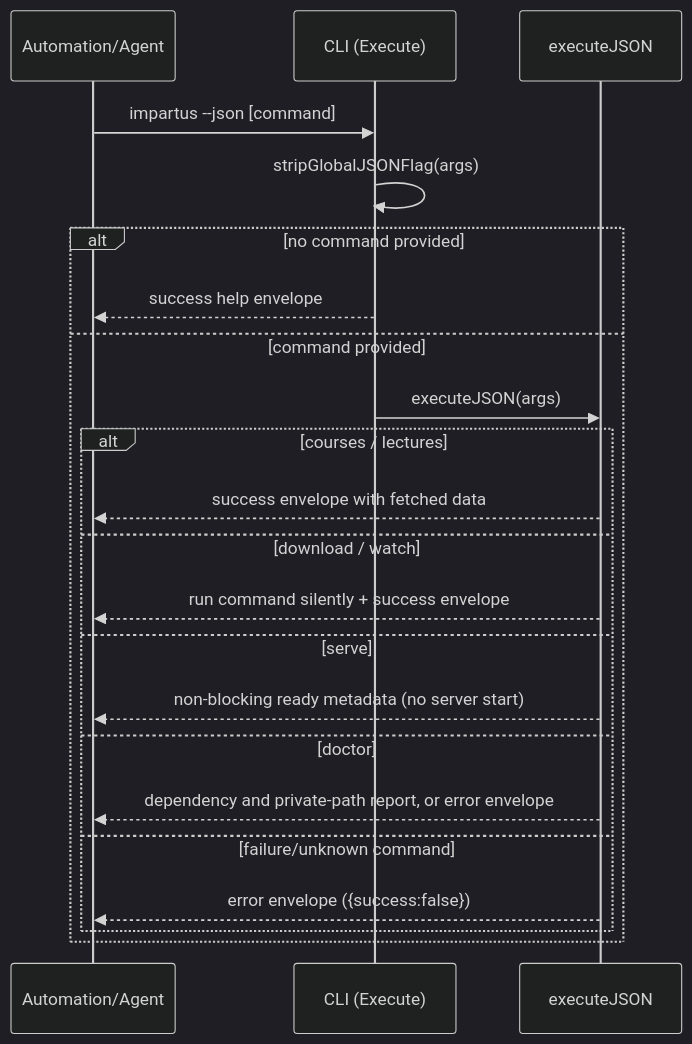
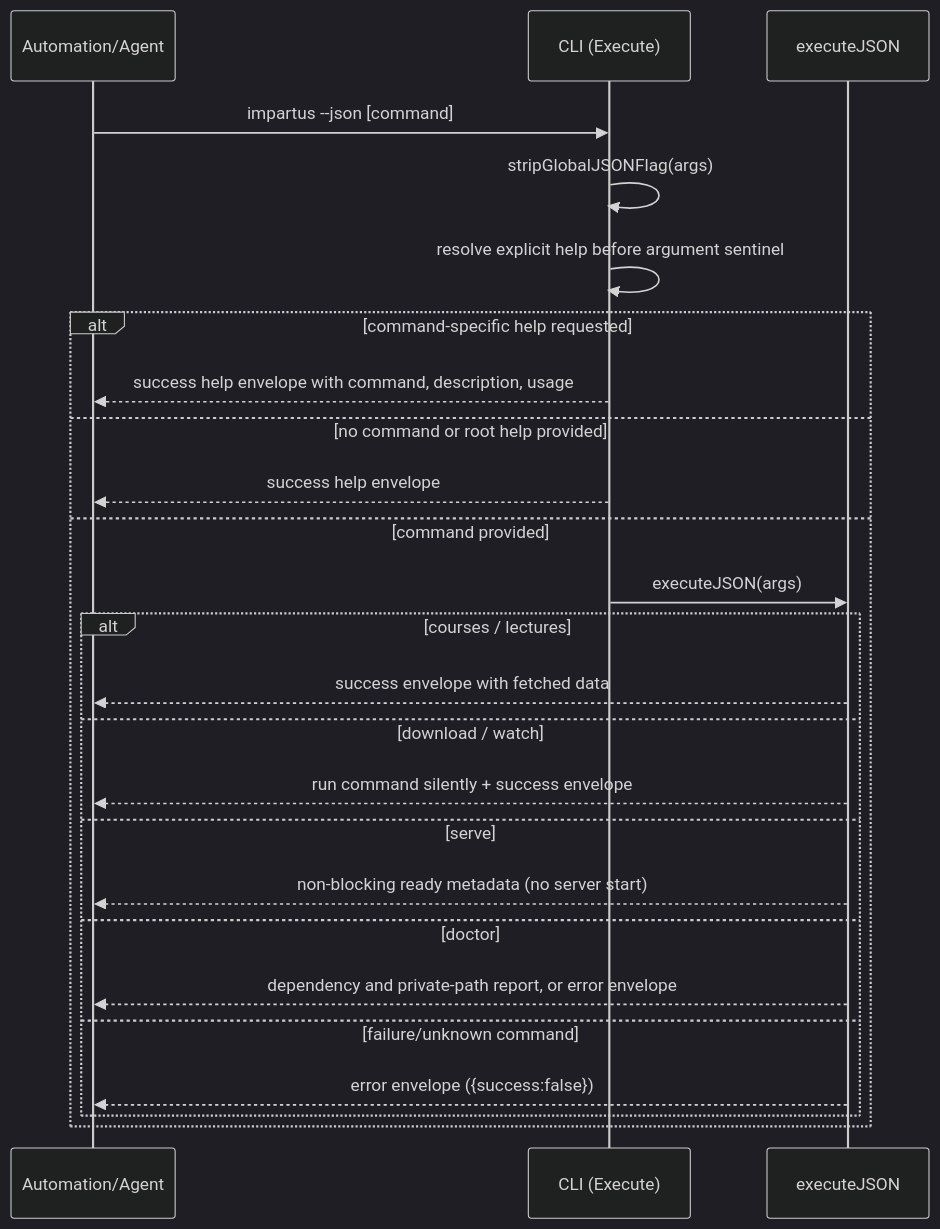
Before and after one commit to rabesss/impartus-cli: the second of 7 diagrams in docs/architecture.md, drawn with Mermaid (dark theme). The commit also changed other lines of this file and 8 other files, not shown here.

Commit message:
fix(cli): make command help explicit

````diff
--- a/docs/architecture.md
+++ b/docs/architecture.md
@@ -61,25 +68,28 @@
 ```mermaid
 sequenceDiagram
   participant A as Automation/Agent
   participant C as CLI (Execute)
   participant J as executeJSON
 
   A->>C: impartus --json [command]
   C->>C: stripGlobalJSONFlag(args)
-  alt no command provided
+  C->>C: resolve explicit help before argument sentinel
+  alt command-specific help requested
+    C-->>A: success help envelope with command, description, usage
+  else no command or root help provided
     C-->>A: success help envelope
   else command provided
     C->>J: executeJSON(args)
     alt courses / lectures
       J-->>A: success envelope with fetched data
     else download / watch
       J-->>A: run command silently + success envelope
     else serve
       J-->>A: non-blocking ready metadata (no server start)
     else doctor
       J-->>A: dependency and private-path report, or error envelope
     else failure/unknown command
       J-->>A: error envelope ({success:false})
     end
   end
 ```
````
